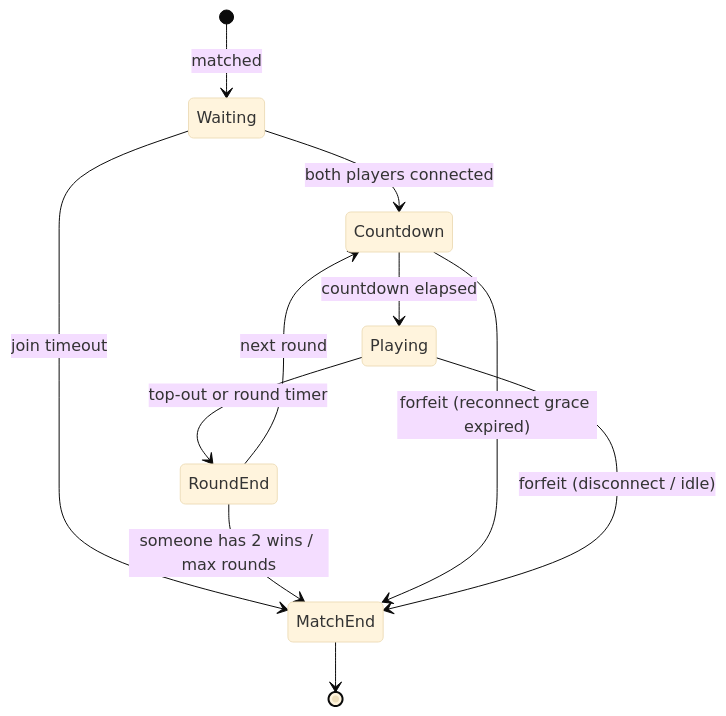
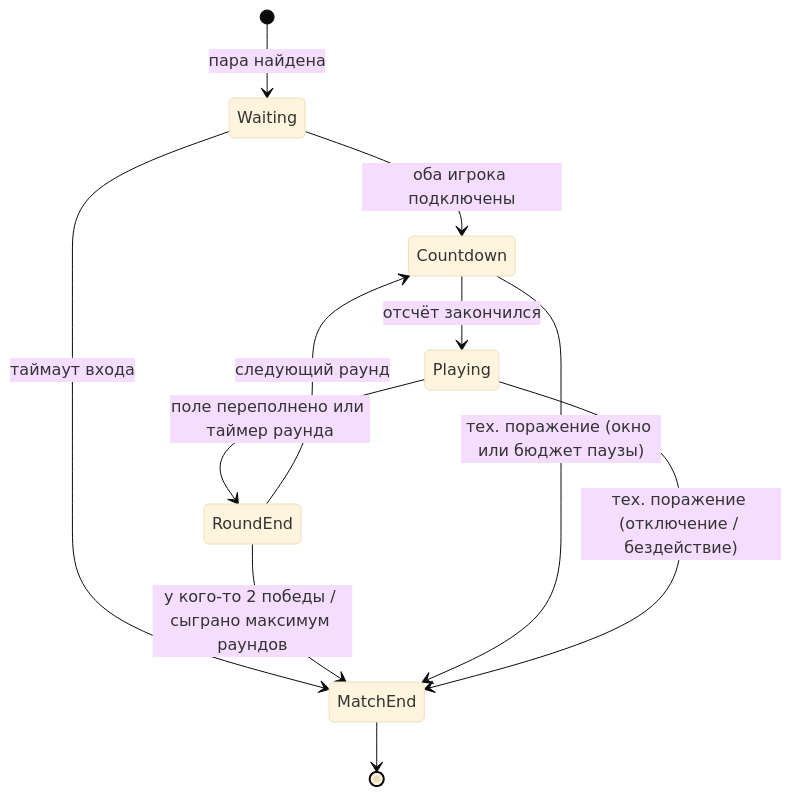
One commit to Gegirhasut/sabostack-go-server changed the second of 2 diagrams in README.md. Above: the diagram before and after it, drawn with Mermaid (base theme). The commit also changed other lines of this file and 45 other files, not shown here.

````diff
--- a/README.md
+++ b/README.md
@@ -66,13 +91,13 @@
 ```mermaid
 stateDiagram-v2
-    [*] --> Waiting: matched
-    Waiting --> Countdown: both players connected
-    Waiting --> MatchEnd: join timeout
-    Countdown --> Playing: countdown elapsed
-    Playing --> RoundEnd: top-out or round timer
-    RoundEnd --> Countdown: next round
-    RoundEnd --> MatchEnd: someone has 2 wins / max rounds
-    Countdown --> MatchEnd: forfeit (reconnect grace expired)
-    Playing --> MatchEnd: forfeit (disconnect / idle)
+    [*] --> Waiting: пара найдена
+    Waiting --> Countdown: оба игрока подключены
+    Waiting --> MatchEnd: таймаут входа
+    Countdown --> Playing: отсчёт закончился
+    Playing --> RoundEnd: поле переполнено или таймер раунда
+    RoundEnd --> Countdown: следующий раунд
+    RoundEnd --> MatchEnd: у кого-то 2 победы / сыграно максимум раундов
+    Countdown --> MatchEnd: тех. поражение (окно или бюджет паузы)
+    Playing --> MatchEnd: тех. поражение (отключение / бездействие)
     MatchEnd --> [*]
 ```
````
